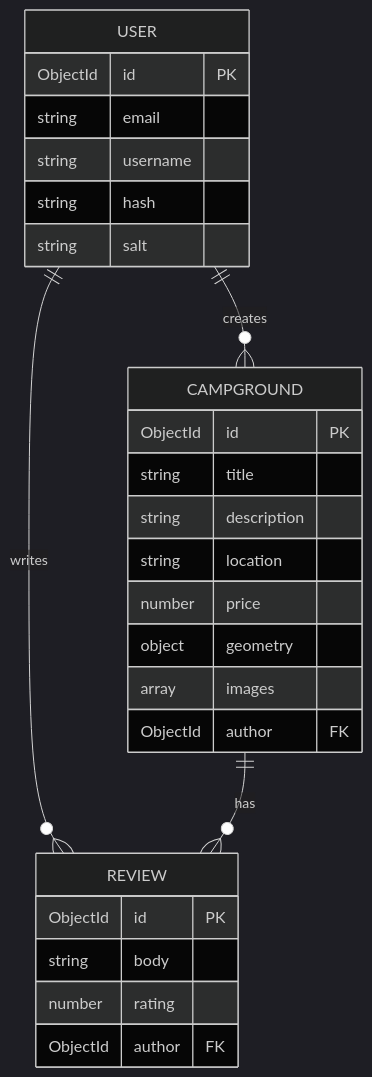
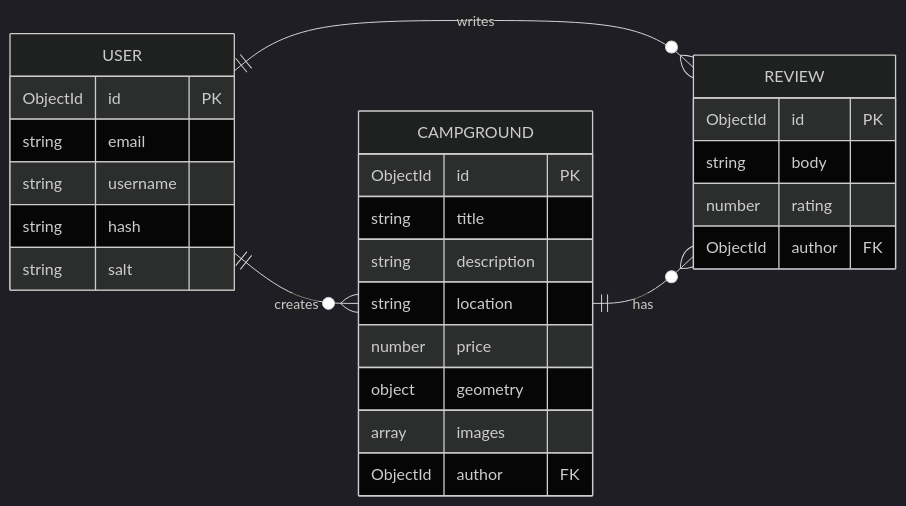
Before and after one commit to fearlessfreakk/yelpCamp---Learn-WebDev: the second of 6 diagrams in PROJECT_ARCHITECTURE.md, drawn with Mermaid (dark theme).

Commit message:
Update ER diagram to horizontal layout

````diff
--- a/PROJECT_ARCHITECTURE.md
+++ b/PROJECT_ARCHITECTURE.md
@@ -78,30 +78,31 @@
 ```mermaid
 erDiagram
+    direction LR
     USER {
         ObjectId id PK
         string email
         string username
         string hash
         string salt
     }
     CAMPGROUND {
         ObjectId id PK
         string title
         string description
         string location
         number price
         object geometry
         array images
         ObjectId author FK
     }
     REVIEW {
         ObjectId id PK
         string body
         number rating
         ObjectId author FK
     }
 
     USER ||--o{ CAMPGROUND : "creates"
     USER ||--o{ REVIEW : "writes"
     CAMPGROUND ||--o{ REVIEW : "has"
 ```
````
